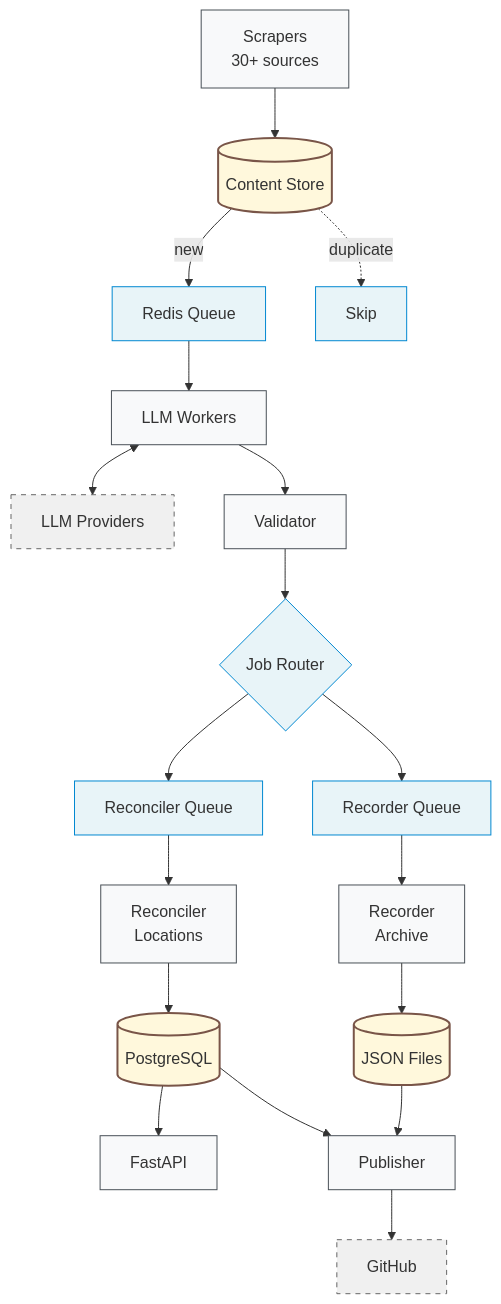
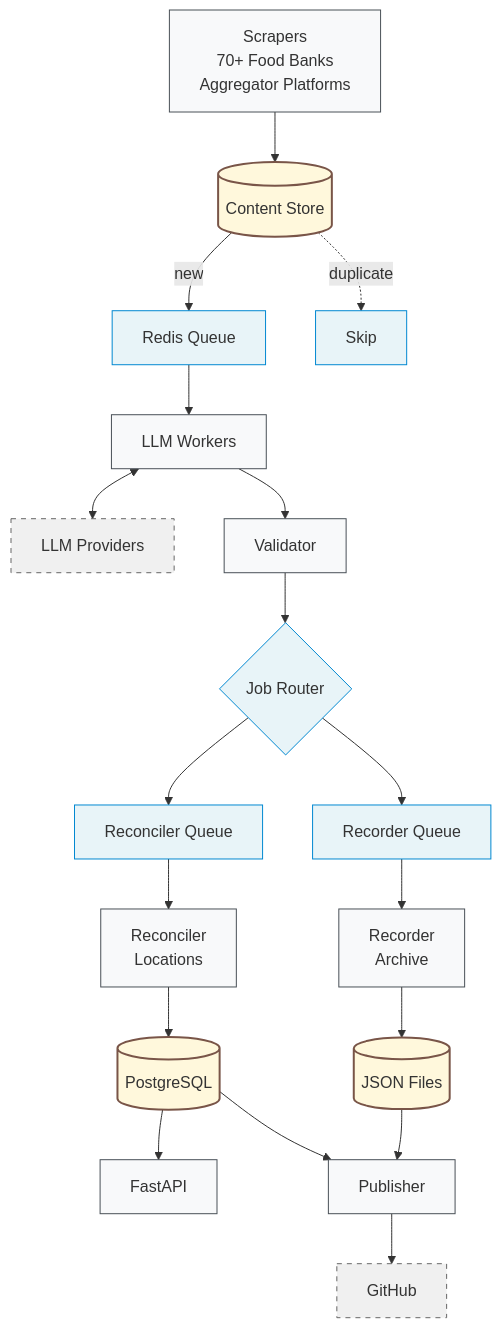
The diagram in README.md (For-The-Greater-Good/pantry-pirate-radio), drawn with Mermaid before and after one commit. The commit also changed other lines of this file and 1 other file, not shown here.

First line of the commit message:
Update docs to reflect 90+ scraper coverage and current food bank examples

````diff
--- a/README.md
+++ b/README.md
@@ -145,46 +147,46 @@
 ```mermaid
 flowchart TB
     %% Data Collection
-    Scrapers[Scrapers<br/>30+ sources]
+    Scrapers[Scrapers<br/>70+ Food Banks<br/>Aggregator Platforms]
     ContentStore[(Content Store)]
-    
+
     Scrapers --> ContentStore
     ContentStore -->|new| Queue[Redis Queue]
     ContentStore -.->|duplicate| Skip[Skip]
     
     %% Processing
     Queue --> Workers[LLM Workers]
     Workers <--> LLM[LLM Providers]
     Workers --> Validator[Validator]
     
     %% Job Distribution
     Validator --> Jobs{Job Router}
     Jobs --> ReconcilerQ[Reconciler Queue]
     Jobs --> RecorderQ[Recorder Queue]
     
     %% Services
     ReconcilerQ --> Reconciler[Reconciler<br/>Locations]
     RecorderQ --> Recorder[Recorder<br/>Archive]
     
     %% Storage
     Reconciler --> DB[(PostgreSQL)]
     Recorder --> Files[(JSON Files)]
     
     %% Output
     DB --> API[FastAPI]
     DB --> Publisher[Publisher]
     Files --> Publisher
     Publisher --> GitHub[GitHub]
     
     %% Minimal styling
     classDef service fill:#f8f9fa,stroke:#495057,stroke-width:1px
     classDef storage fill:#fff8dc,stroke:#795548,stroke-width:2px
     classDef external fill:#f0f0f0,stroke:#666,stroke-width:1px,stroke-dasharray: 5 5
     classDef queue fill:#e8f4f8,stroke:#0288d1,stroke-width:1px
     
     class Scrapers,Workers,Validator,Reconciler,Recorder,API,Publisher service
     class ContentStore,DB,Files storage
     class LLM,GitHub external
     class Queue,ReconcilerQ,RecorderQ,Jobs queue
     class Skip queue
 ```
````
